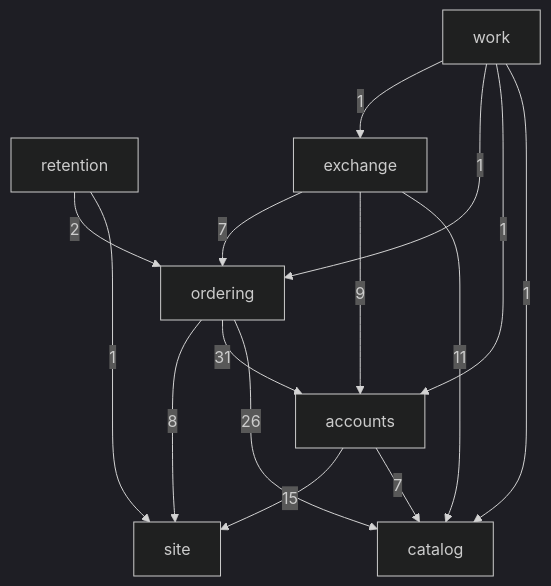
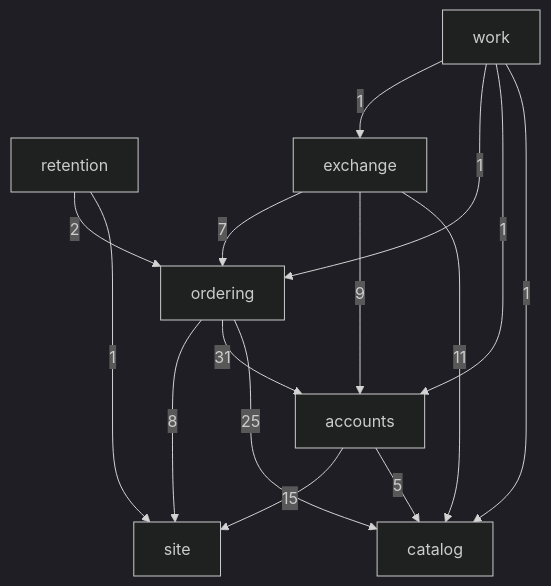
One commit to vik-koch/b2b-catalog-platform changed the third of 5 diagrams in docs/architecture.md. Above: the diagram before and after it, drawn with Mermaid (dark theme). The commit also changed other lines of this file and 37 other files, not shown here.

````diff
--- a/docs/architecture.md
+++ b/docs/architecture.md
@@ -161,17 +162,17 @@
 ```mermaid
 flowchart TB
   retention -->|2| ordering
   retention -->|1| site
   work -->|1| exchange
   work -->|1| ordering
   work -->|1| accounts
   work -->|1| catalog
   exchange -->|7| ordering
   exchange -->|9| accounts
   exchange -->|11| catalog
   ordering -->|8| site
   ordering -->|31| accounts
-  ordering -->|26| catalog
+  ordering -->|25| catalog
   accounts -->|15| site
-  accounts -->|7| catalog
+  accounts -->|5| catalog
 ```
````
